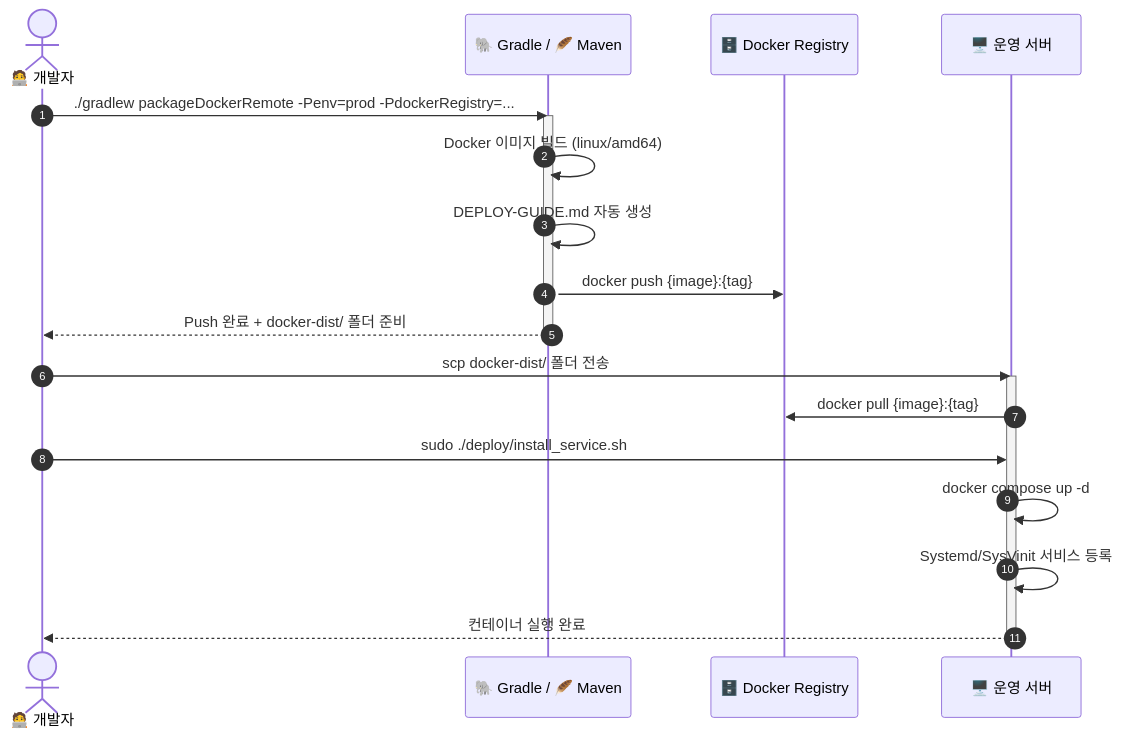
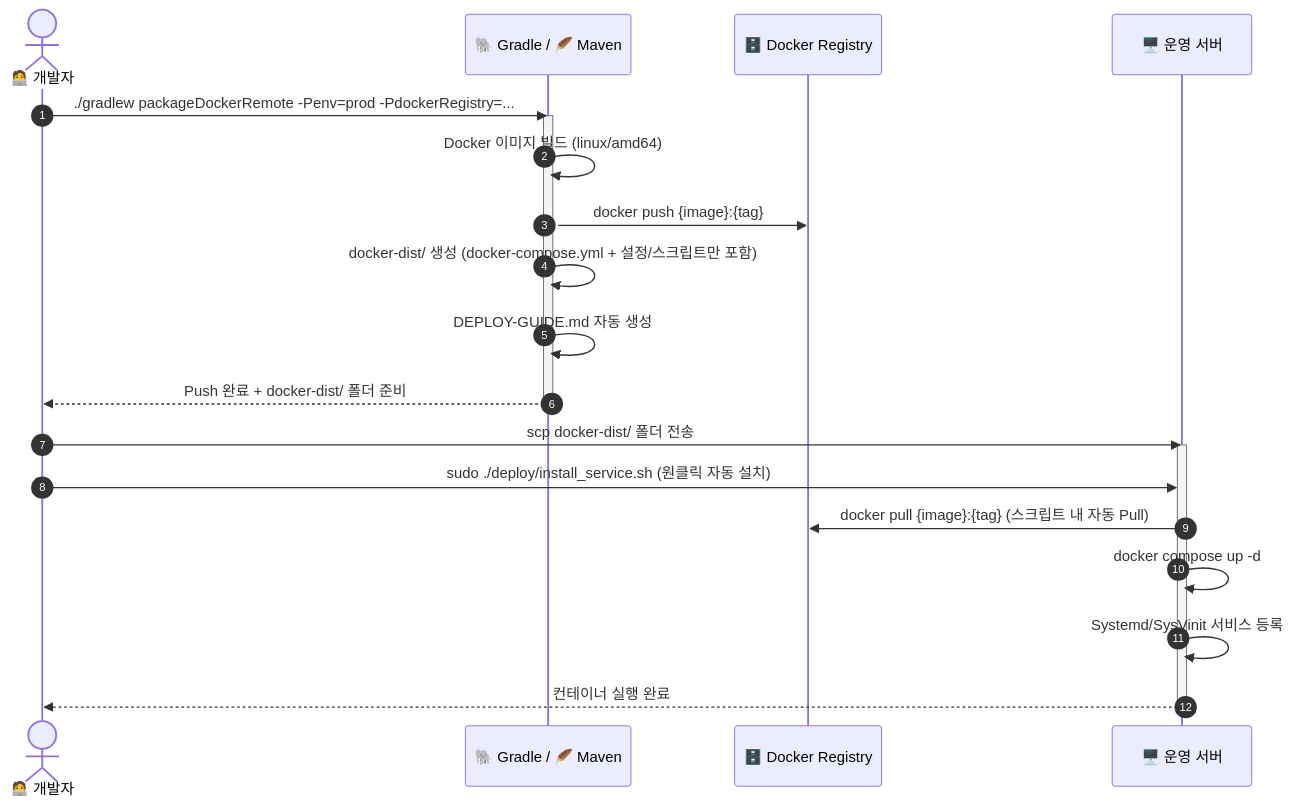
Before and after one commit to MJ-Youn/build-template: the fourth of 4 diagrams in DEVELOPER_GUIDE.md, drawn with Mermaid. The commit also changed other lines of this file and 2 other files, not shown here.

````diff
--- a/DEVELOPER_GUIDE.md
+++ b/DEVELOPER_GUIDE.md
@@ -488,25 +488,26 @@
 ```mermaid
 sequenceDiagram
     autonumber
     actor Dev as 🧑‍💻 개발자
     participant Gradle as 🐘 Gradle / 🪶 Maven
     participant Registry as 🗄️ Docker Registry
     participant Server as 🖥️ 운영 서버
 
     Dev->>Gradle: ./gradlew packageDockerRemote -Penv=prod -PdockerRegistry=...
     activate Gradle
     Gradle->>Gradle: Docker 이미지 빌드 (linux/amd64)
+    Gradle->>Registry: docker push {image}:{tag}
+    Gradle->>Gradle: docker-dist/ 생성 (docker-compose.yml + 설정/스크립트만 포함)
     Gradle->>Gradle: DEPLOY-GUIDE.md 자동 생성
-    Gradle->>Registry: docker push {image}:{tag}
     Gradle-->>Dev: Push 완료 + docker-dist/ 폴더 준비
     deactivate Gradle
 
     Dev->>Server: scp docker-dist/ 폴더 전송
     activate Server
-    Server->>Registry: docker pull {image}:{tag}
-    Dev->>Server: sudo ./deploy/install_service.sh
+    Dev->>Server: sudo ./deploy/install_service.sh (원클릭 자동 설치)
+    Server->>Registry: docker pull {image}:{tag} (스크립트 내 자동 Pull)
     Server->>Server: docker compose up -d
     Server->>Server: Systemd/SysVinit 서비스 등록
     Server-->>Dev: 컨테이너 실행 완료
     deactivate Server
 ```
````
